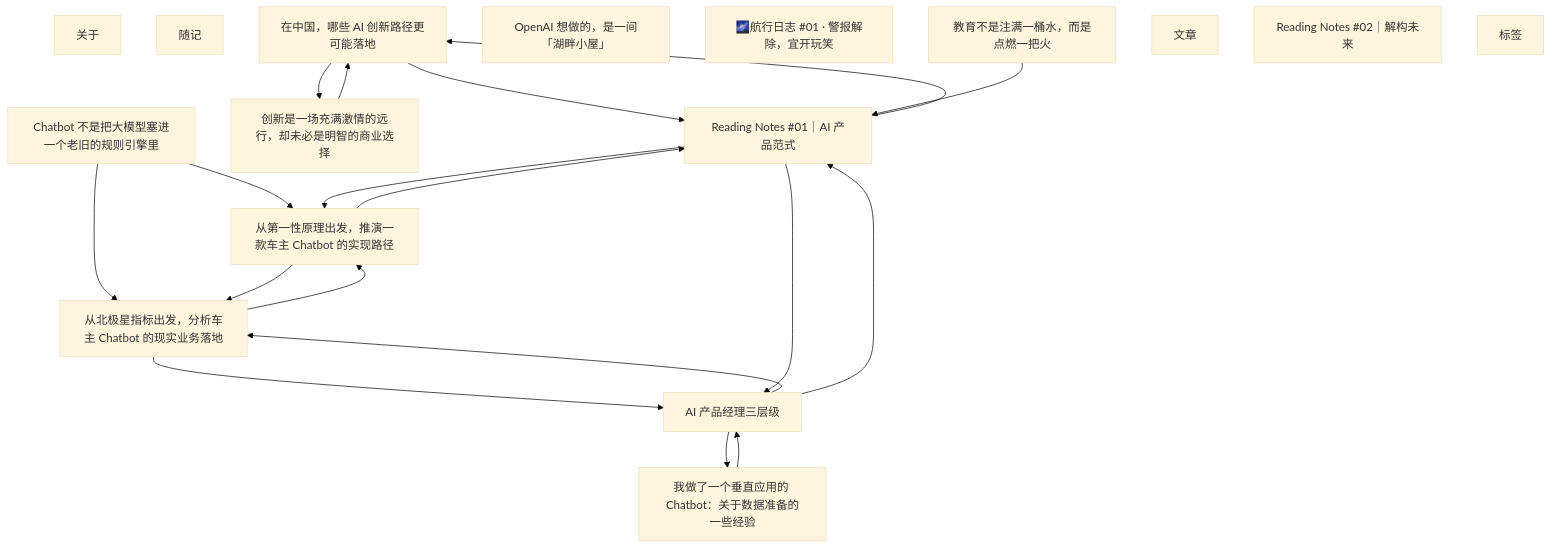
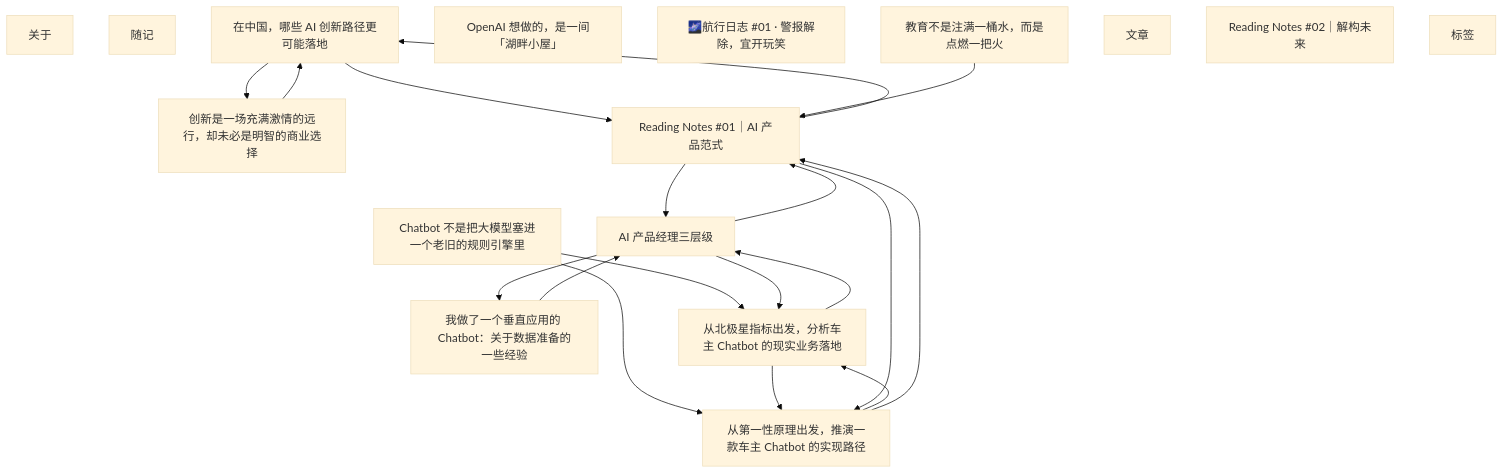
One commit to Zhao-Huazhou/Zhao-Huazhou.github.io changed the diagram in tools/site-graph/out/graph.mmd. Above: the diagram before and after it, drawn with Mermaid (base theme). The commit also changed 7 other files, not shown here.

```diff
--- a/tools/site-graph/out/graph.mmd
+++ b/tools/site-graph/out/graph.mmd
@@ -1,35 +1,35 @@
 graph TD
   N78e943079d["关于"]
   Na0a31ebd9a["随记"]
   Ne000fcda21["在中国，哪些 AI 创新路径更可能落地"]
   Nf315e5e460["OpenAI 想做的，是一间「湖畔小屋」"]
   N509e8a98c6["Chatbot 不是把大模型塞进一个老旧的规则引擎里"]
   Nabfe592828["🌌航行日志 #01 · 警报解除，宜开玩笑"]
   N4e55722e29["教育不是注满一桶水，而是点燃一把火"]
-  Ne0077ae6c8["从第一性原理出发，推演一款车主 Chatbot 的实现路径"]
   N81228a8674["文章"]
   Nd9b0762f80["AI 产品经理三层级"]
   Nce81f5d37d["我做了一个垂直应用的 Chatbot：关于数据准备的一些经验"]
+  N166baf2727["从第一性原理出发，推演一款车主 Chatbot 的实现路径"]
   N2c00bafbac["从北极星指标出发，分析车主 Chatbot 的现实业务落地"]
   N6f056b8004["创新是一场充满激情的远行，却未必是明智的商业选择"]
   N10154a9e49["Reading Notes #01｜AI 产品范式"]
   Ncfbd1505fb["Reading Notes #02｜解构未来"]
   N0ecf656713["标签"]
 
   Ne000fcda21 --> N6f056b8004
   Ne000fcda21 --> N10154a9e49
-  N509e8a98c6 --> Ne0077ae6c8
+  N509e8a98c6 --> N166baf2727
   N509e8a98c6 --> N2c00bafbac
   N4e55722e29 --> N10154a9e49
-  Ne0077ae6c8 --> N2c00bafbac
-  Ne0077ae6c8 --> N10154a9e49
   Nd9b0762f80 --> Nce81f5d37d
   Nd9b0762f80 --> N2c00bafbac
   Nd9b0762f80 --> N10154a9e49
   Nce81f5d37d --> Nd9b0762f80
-  N2c00bafbac --> Ne0077ae6c8
+  N166baf2727 --> N2c00bafbac
+  N166baf2727 --> N10154a9e49
   N2c00bafbac --> Nd9b0762f80
+  N2c00bafbac --> N166baf2727
   N6f056b8004 --> Ne000fcda21
   N10154a9e49 --> Ne000fcda21
-  N10154a9e49 --> Ne0077ae6c8
   N10154a9e49 --> Nd9b0762f80
+  N10154a9e49 --> N166baf2727
```
